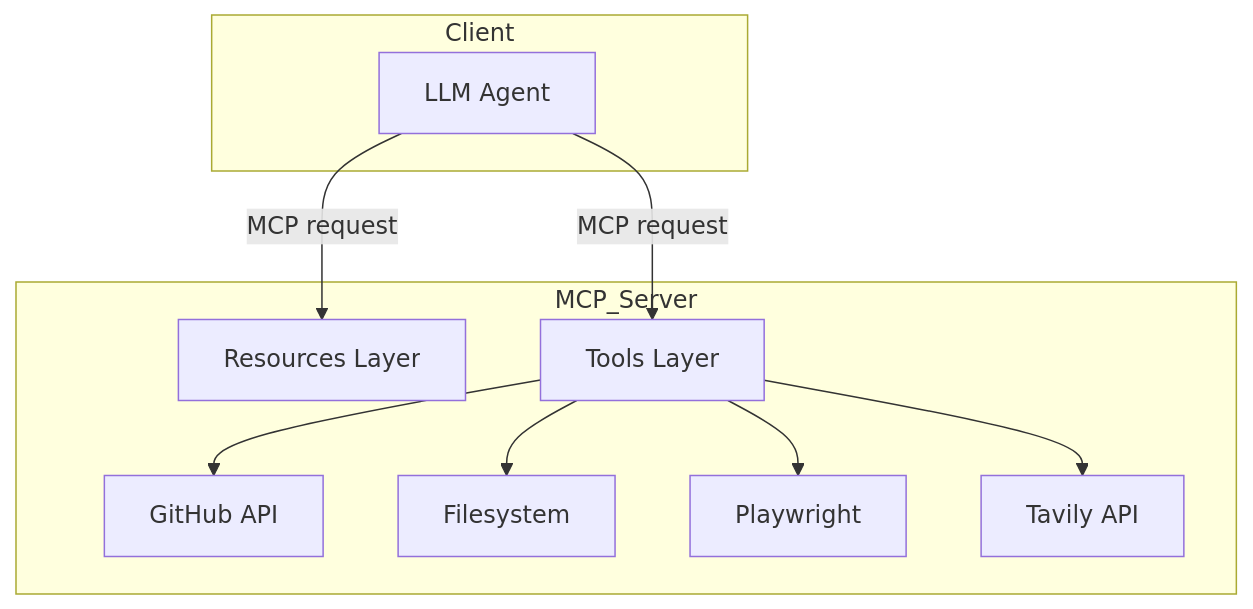
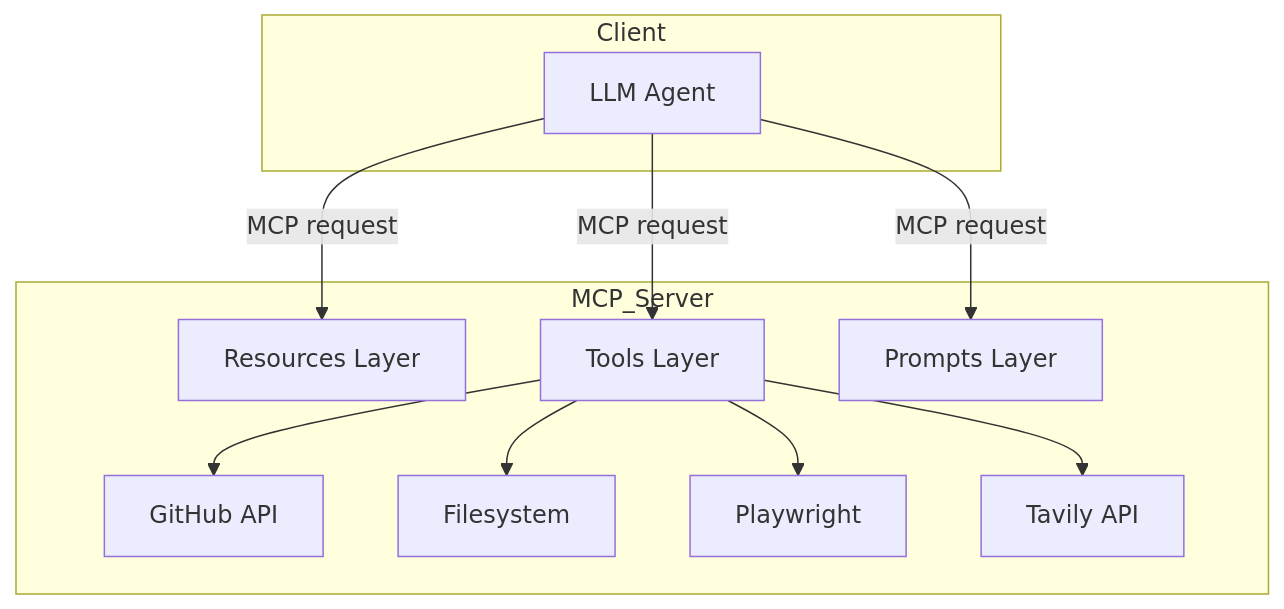
Before and after one commit to toni-ramchandani/Ops-MCP: the diagram in CAPABILITIES.md, drawn with Mermaid. The commit also changed other lines of this file and 7 other files, not shown here.

````diff
--- a/CAPABILITIES.md
+++ b/CAPABILITIES.md
@@ -130,20 +149,22 @@
 ```mermaid
 graph TD
     subgraph Client
         A[LLM Agent]
     end
     subgraph MCP_Server
         R1[Resources Layer]
         T1[Tools Layer]
+        P1[Prompts Layer]
         Git[GitHub API]
         FS[Filesystem]
         PW[Playwright]
         Tav[Tavily API]
     end
     A -->|MCP request| R1
     A -->|MCP request| T1
+    A -->|MCP request| P1
     T1 --> Git
     T1 --> FS
     T1 --> PW
     T1 --> Tav
 ```
````
